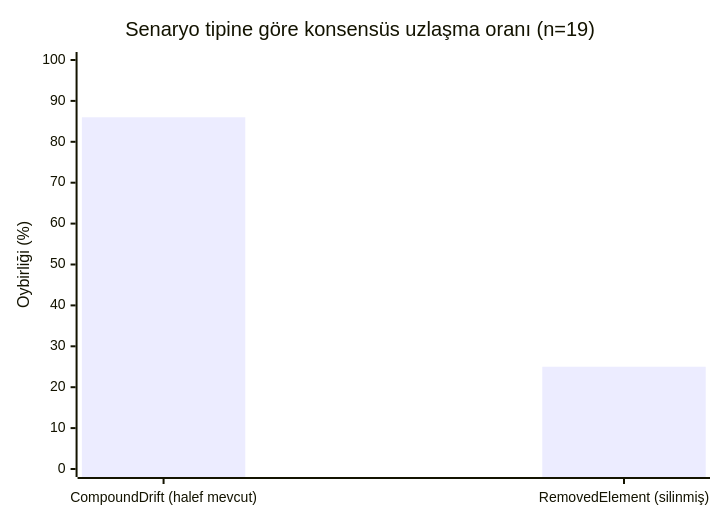
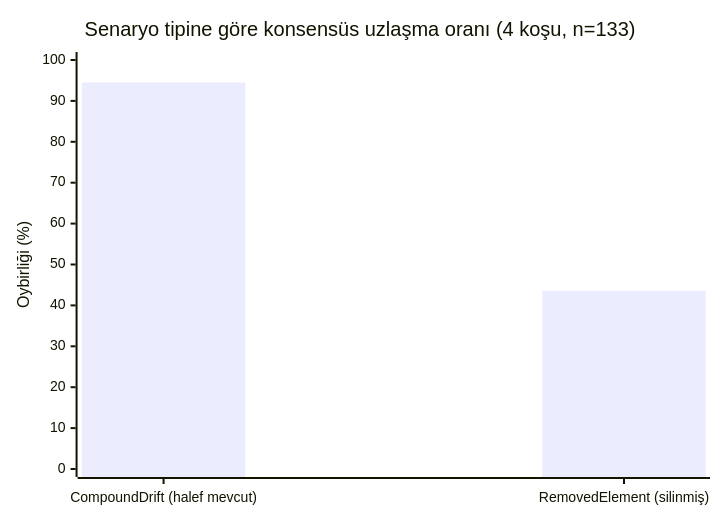
One commit to mustafasercansak/automation-sandbox changed diagram 12 of 12 in docs/benchmark-calibration.md. Above: the diagram before and after it, drawn with Mermaid. The commit also changed other lines of this file, not shown here.

````diff
--- a/docs/benchmark-calibration.md
+++ b/docs/benchmark-calibration.md
@@ -512,7 +500,7 @@
 ```mermaid
 xychart-beta
-    title "Senaryo tipine göre konsensüs uzlaşma oranı (n=19)"
+    title "Senaryo tipine göre konsensüs uzlaşma oranı (4 koşu, n=133)"
     x-axis ["CompoundDrift (halef mevcut)", "RemovedElement (silinmiş)"]
     y-axis "Oybirliği (%)" 0 --> 100
-    bar [86, 25]
+    bar [94.5, 43.6]
 ```
````
